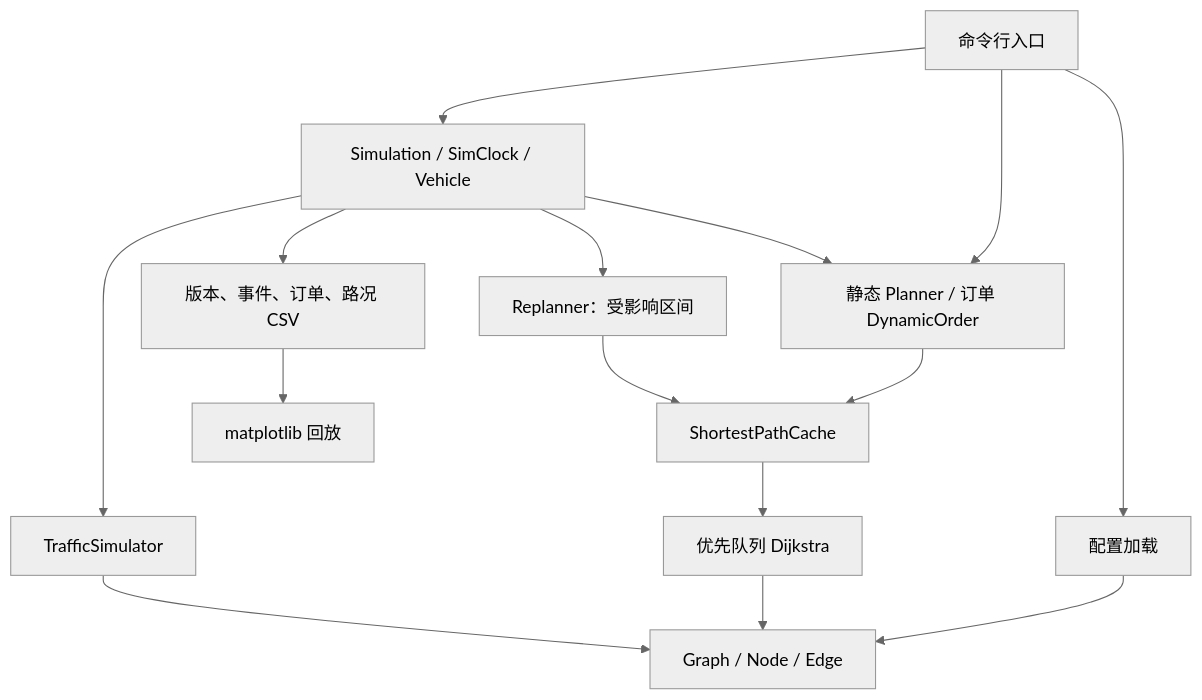
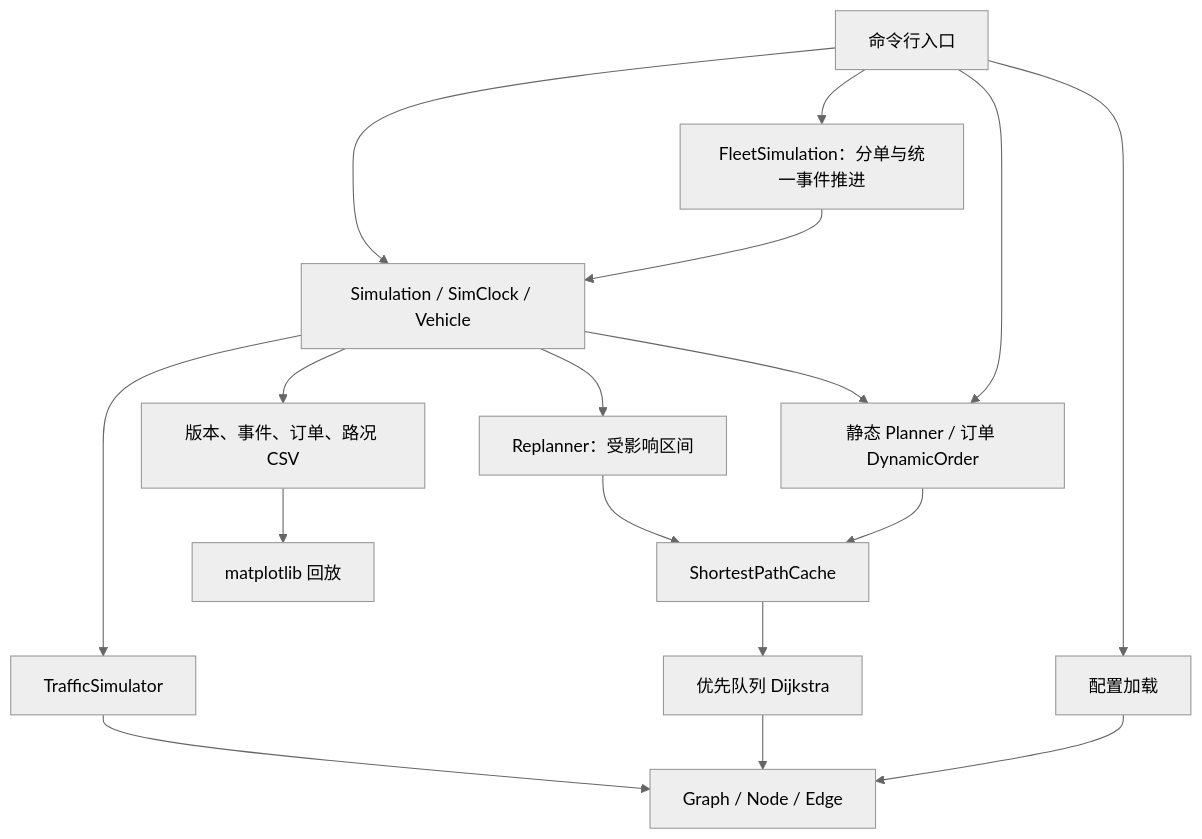
One commit to Unwiisdey/logistics-route-planner changed the diagram in docs/design.md. Above: the diagram before and after it, drawn with Mermaid (neutral theme). The commit also changed other lines of this file and 22 other files, not shown here.

Commit message:
Add time-window fallback and shared-clock two-vehicle dispatch

````diff
--- a/docs/design.md
+++ b/docs/design.md
@@ -9,17 +9,19 @@
 ```mermaid
 flowchart TD
     CLI[命令行入口] --> Config[配置加载]
     Config --> Graph[Graph / Node / Edge]
     CLI --> Planner[静态 Planner / 订单 DynamicOrder]
     Planner --> Cache[ShortestPathCache]
     Cache --> Dijkstra[优先队列 Dijkstra]
     Dijkstra --> Graph
-    CLI --> Sim[Simulation / SimClock / Vehicle]
+    CLI --> Fleet[FleetSimulation：分单与统一事件推进]
+    Fleet --> Sim[Simulation / SimClock / Vehicle]
+    CLI --> Sim
     Sim --> Planner
     Sim --> Traffic[TrafficSimulator]
     Traffic --> Graph
     Sim --> Repair[Replanner：受影响区间]
     Repair --> Cache
     Sim --> CSV[版本、事件、订单、路况 CSV]
     CSV --> Python[matplotlib 回放]
 ```
````
